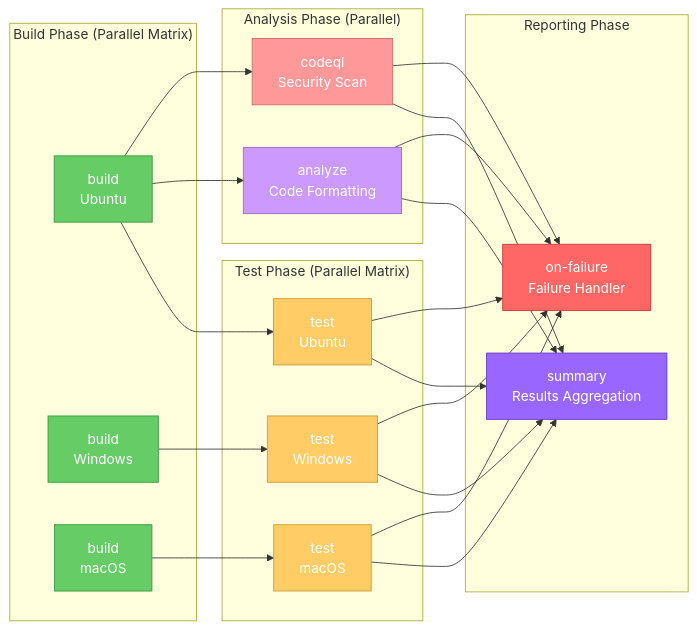
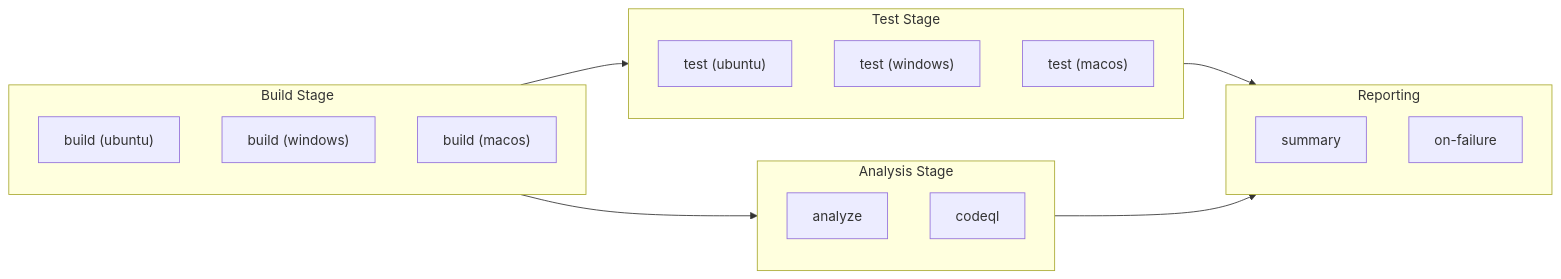
Before and after one commit to Evilazaro/Azure-LogicApps-Monitoring: the diagram in docs/devops/github-actions-ci-dotnet-reusable.md, drawn with Mermaid. The commit also changed other lines of this file and 1 other file, not shown here.

Commit message:
docs: Standardize section headings and enhance clarity in CI workflow documentation

````diff
--- a/docs/devops/github-actions-ci-dotnet-reusable.md
+++ b/docs/devops/github-actions-ci-dotnet-reusable.md
@@ -62,54 +61,29 @@
 ```mermaid
 flowchart LR
-    subgraph build-phase ["Build Phase (Parallel Matrix)"]
-        build-ubuntu["build<br/>Ubuntu"]
-        build-windows["build<br/>Windows"]
-        build-macos["build<br/>macOS"]
+    subgraph build-stage["Build Stage"]
+        build-ubuntu["build (ubuntu)"]
+        build-windows["build (windows)"]
+        build-macos["build (macos)"]
     end
     
-    subgraph test-phase ["Test Phase (Parallel Matrix)"]
-        test-ubuntu["test<br/>Ubuntu"]
-        test-windows["test<br/>Windows"]
-        test-macos["test<br/>macOS"]
+    subgraph test-stage["Test Stage"]
+        test-ubuntu["test (ubuntu)"]
+        test-windows["test (windows)"]
+        test-macos["test (macos)"]
     end
     
-    subgraph analysis-phase ["Analysis Phase (Parallel)"]
-        analyze["analyze<br/>Code Formatting"]
-        codeql["codeql<br/>Security Scan"]
+    subgraph analysis-stage["Analysis Stage"]
+        analyze["analyze"]
+        codeql["codeql"]
     end
     
-    subgraph reporting-phase ["Reporting Phase"]
-        summary["summary<br/>Results Aggregation"]
-        failure["on-failure<br/>Failure Handler"]
+    subgraph reporting["Reporting"]
+        summary["summary"]
+        on-failure["on-failure"]
     end
     
-    build-ubuntu --> test-ubuntu
-    build-windows --> test-windows
-    build-macos --> test-macos
-    
-    build-ubuntu --> analyze
-    build-ubuntu --> codeql
-    
-    test-ubuntu --> summary
-    test-windows --> summary
-    test-macos --> summary
-    analyze --> summary
-    codeql --> summary
-    
-    test-ubuntu --> failure
-    test-windows --> failure
-    test-macos --> failure
-    analyze --> failure
-    codeql --> failure
-    
-    style build-ubuntu fill:#66cc66,stroke:#339933,color:#fff
-    style build-windows fill:#66cc66,stroke:#339933,color:#fff
-    style build-macos fill:#66cc66,stroke:#339933,color:#fff
-    style test-ubuntu fill:#ffcc66,stroke:#cc9933,color:#fff
-    style test-windows fill:#ffcc66,stroke:#cc9933,color:#fff
-    style test-macos fill:#ffcc66,stroke:#cc9933,color:#fff
-    style analyze fill:#cc99ff,stroke:#9966cc,color:#fff
-    style codeql fill:#ff9999,stroke:#cc6666,color:#fff
-    style summary fill:#9966ff,stroke:#6633cc,color:#fff
-    style failure fill:#ff6666,stroke:#cc3333,color:#fff
+    build-stage --> test-stage
+    build-stage --> analysis-stage
+    test-stage --> reporting
+    analysis-stage --> reporting
 ```
````
